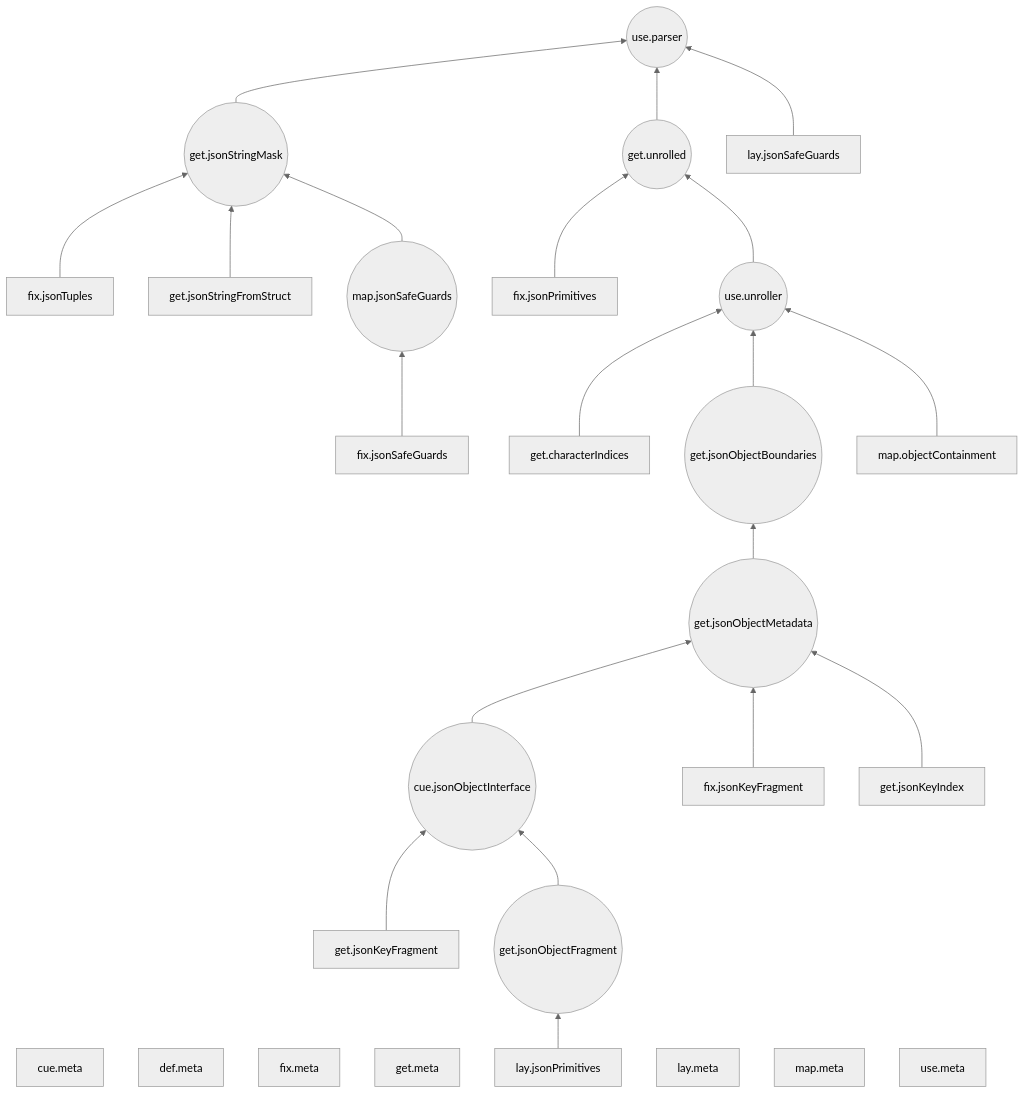
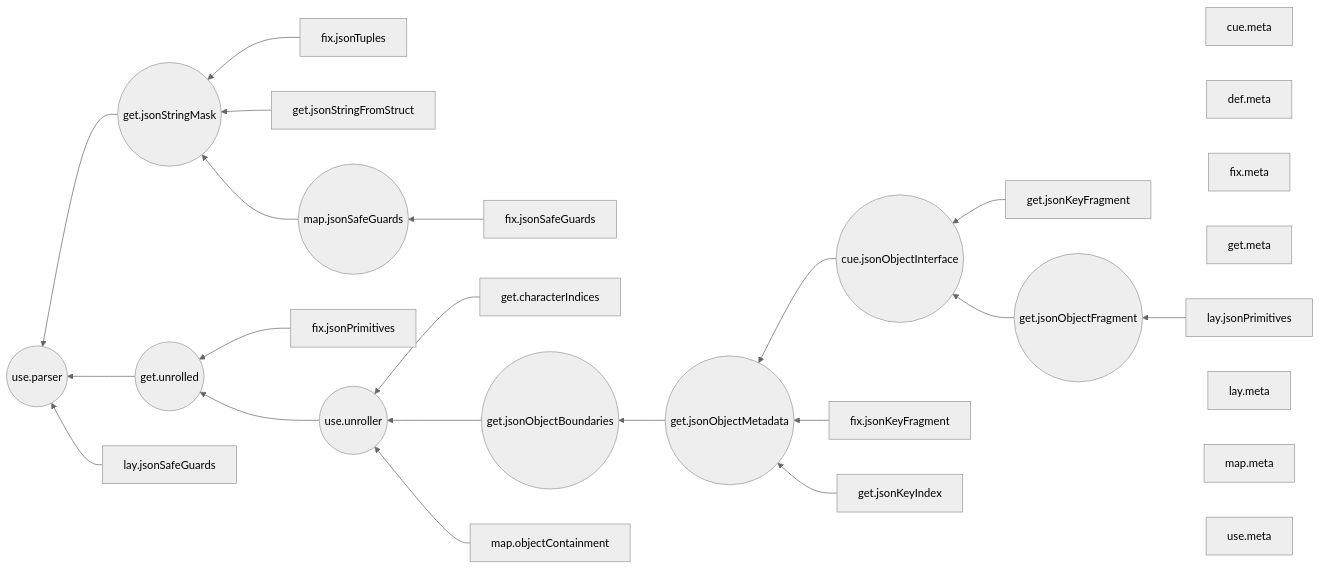
The diagram in README.md (dleeftink/substep), drawn with Mermaid (neutral theme) before and after one commit.

````diff
--- a/README.md
+++ b/README.md
@@ -11,49 +11,49 @@
 ``` mermaid
-graph BT
+graph RL
     cue.jsonObjectInterface((cue.jsonObjectInterface))
     cue.meta[cue.meta]
     def.meta[def.meta]
     fix.jsonKeyFragment[fix.jsonKeyFragment]
     fix.jsonPrimitives[fix.jsonPrimitives]
     fix.jsonSafeGuards[fix.jsonSafeGuards]
     fix.jsonTuples[fix.jsonTuples]
     fix.meta[fix.meta]
     get.characterIndices[get.characterIndices]
     get.jsonKeyFragment[get.jsonKeyFragment]
     get.jsonKeyIndex[get.jsonKeyIndex]
     get.jsonObjectBoundaries((get.jsonObjectBoundaries))
     get.jsonObjectFragment((get.jsonObjectFragment))
     get.jsonObjectMetadata((get.jsonObjectMetadata))
     get.jsonStringFromStruct[get.jsonStringFromStruct]
     get.jsonStringMask((get.jsonStringMask))
     get.meta[get.meta]
     get.unrolled((get.unrolled))
     lay.jsonPrimitives[lay.jsonPrimitives]
     lay.jsonSafeGuards[lay.jsonSafeGuards]
     lay.meta[lay.meta]
     map.jsonSafeGuards((map.jsonSafeGuards))
     map.meta[map.meta]
     map.objectContainment[map.objectContainment]
     use.meta[use.meta]
     use.parser((use.parser))
     use.unroller((use.unroller))
     lay.jsonPrimitives --> get.jsonObjectFragment
     get.jsonKeyFragment --> cue.jsonObjectInterface
     get.jsonObjectFragment --> cue.jsonObjectInterface
     cue.jsonObjectInterface --> get.jsonObjectMetadata
     fix.jsonKeyFragment --> get.jsonObjectMetadata
     get.jsonKeyIndex --> get.jsonObjectMetadata
     get.jsonObjectMetadata --> get.jsonObjectBoundaries
     fix.jsonSafeGuards --> map.jsonSafeGuards
     fix.jsonTuples --> get.jsonStringMask
     get.jsonStringFromStruct --> get.jsonStringMask
     map.jsonSafeGuards --> get.jsonStringMask
     get.characterIndices --> use.unroller
     get.jsonObjectBoundaries --> use.unroller
     map.objectContainment --> use.unroller
     fix.jsonPrimitives --> get.unrolled
     use.unroller --> get.unrolled
     get.jsonStringMask --> use.parser
     get.unrolled --> use.parser
     lay.jsonSafeGuards --> use.parser
 ```
````
